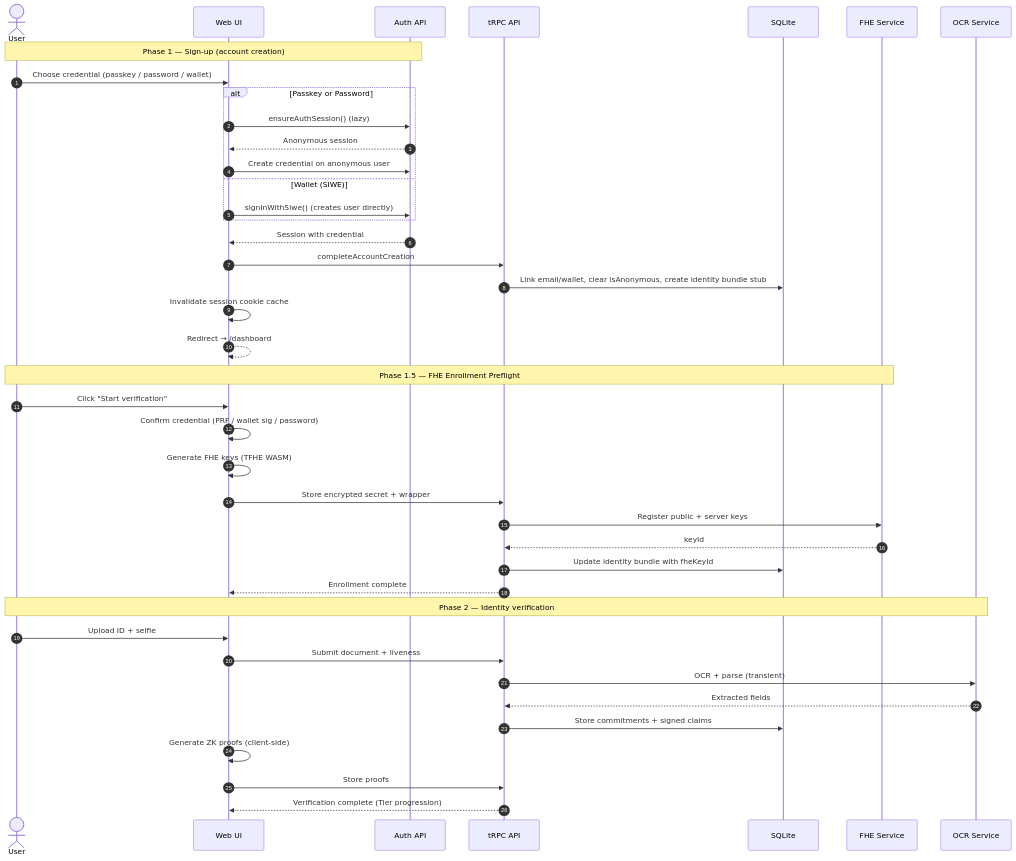
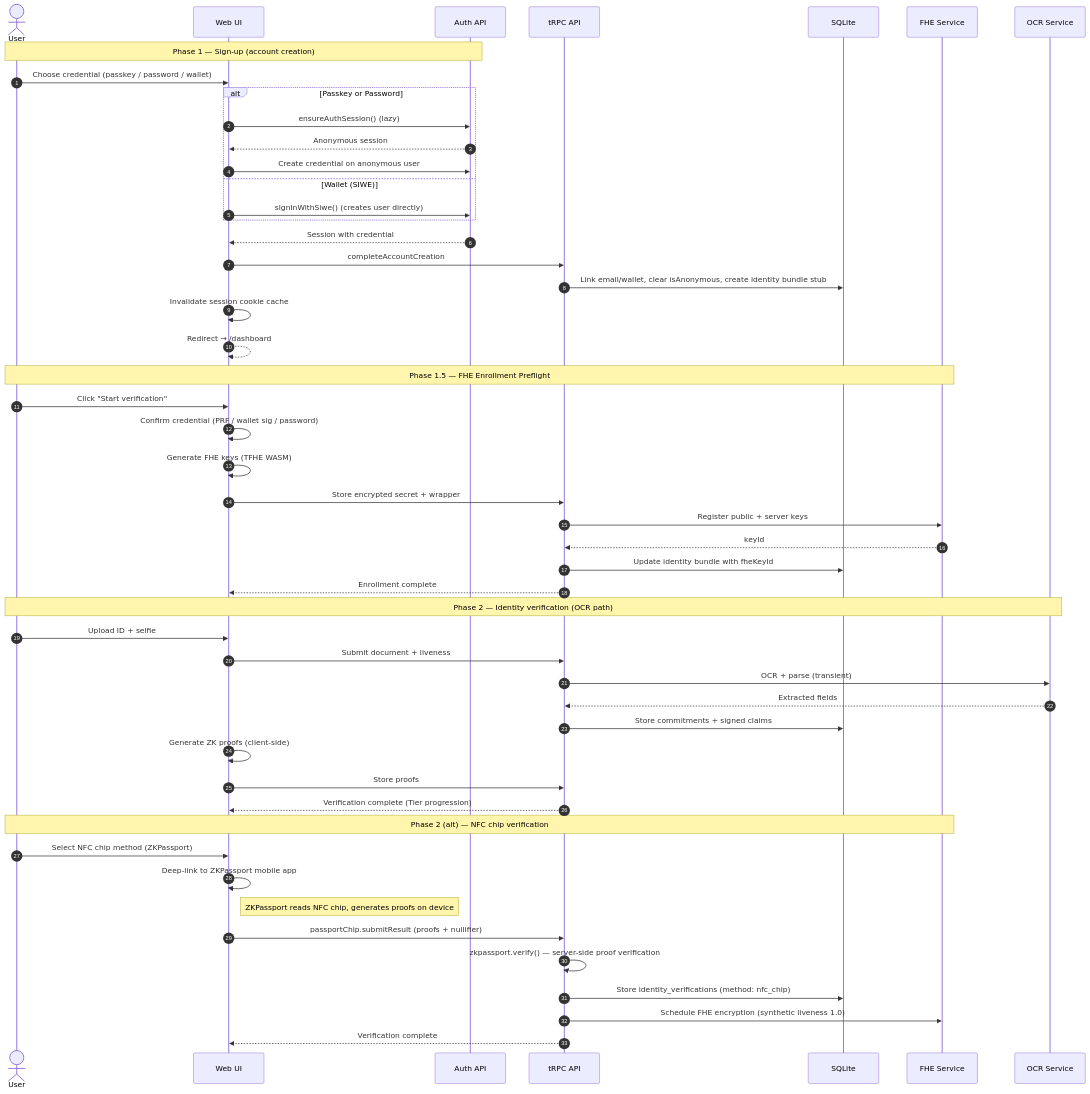
Before and after one commit to gustavovalverde/zentity: the second of 3 diagrams in docs/architecture.md, drawn with Mermaid. The commit also changed other lines of this file and 8 other files, not shown here.

````diff
--- a/docs/architecture.md
+++ b/docs/architecture.md
@@ -138,46 +155,56 @@
 ```mermaid
 sequenceDiagram
   autonumber
   actor User
   participant UI as Web UI
   participant AUTH as Auth API
   participant API as tRPC API
   participant DB as SQLite
   participant FHE as FHE Service
   participant OCR as OCR Service
 
   Note over User,AUTH: Phase 1 — Sign-up (account creation)
   User->>UI: Choose credential (passkey / password / wallet)
   alt Passkey or Password
     UI->>AUTH: ensureAuthSession() (lazy)
     AUTH-->>UI: Anonymous session
     UI->>AUTH: Create credential on anonymous user
   else Wallet (SIWE)
     UI->>AUTH: signInWithSiwe() (creates user directly)
   end
   AUTH-->>UI: Session with credential
   UI->>API: completeAccountCreation
   API->>DB: Link email/wallet, clear isAnonymous, create identity bundle stub
   UI->>UI: Invalidate session cookie cache
   UI-->>UI: Redirect → /dashboard
 
   Note over User,FHE: Phase 1.5 — FHE Enrollment Preflight
   User->>UI: Click "Start verification"
   UI->>UI: Confirm credential (PRF / wallet sig / password)
   UI->>UI: Generate FHE keys (TFHE WASM)
   UI->>API: Store encrypted secret + wrapper
   API->>FHE: Register public + server keys
   FHE-->>API: keyId
   API->>DB: Update identity bundle with fheKeyId
   API-->>UI: Enrollment complete
 
-  Note over User,OCR: Phase 2 — Identity verification
+  Note over User,OCR: Phase 2 — Identity verification (OCR path)
   User->>UI: Upload ID + selfie
   UI->>API: Submit document + liveness
   API->>OCR: OCR + parse (transient)
   OCR-->>API: Extracted fields
   API->>DB: Store commitments + signed claims
   UI->>UI: Generate ZK proofs (client-side)
   UI->>API: Store proofs
   API-->>UI: Verification complete (Tier progression)
+
+  Note over User,FHE: Phase 2 (alt) — NFC chip verification
+  User->>UI: Select NFC chip method (ZKPassport)
+  UI->>UI: Deep-link to ZKPassport mobile app
+  Note right of UI: ZKPassport reads NFC chip, generates proofs on device
+  UI->>API: passportChip.submitResult (proofs + nullifier)
+  API->>API: zkpassport.verify() — server-side proof verification
+  API->>DB: Store identity_verifications (method: nfc_chip)
+  API->>FHE: Schedule FHE encryption (synthetic liveness 1.0)
+  API-->>UI: Verification complete
 ```
````
